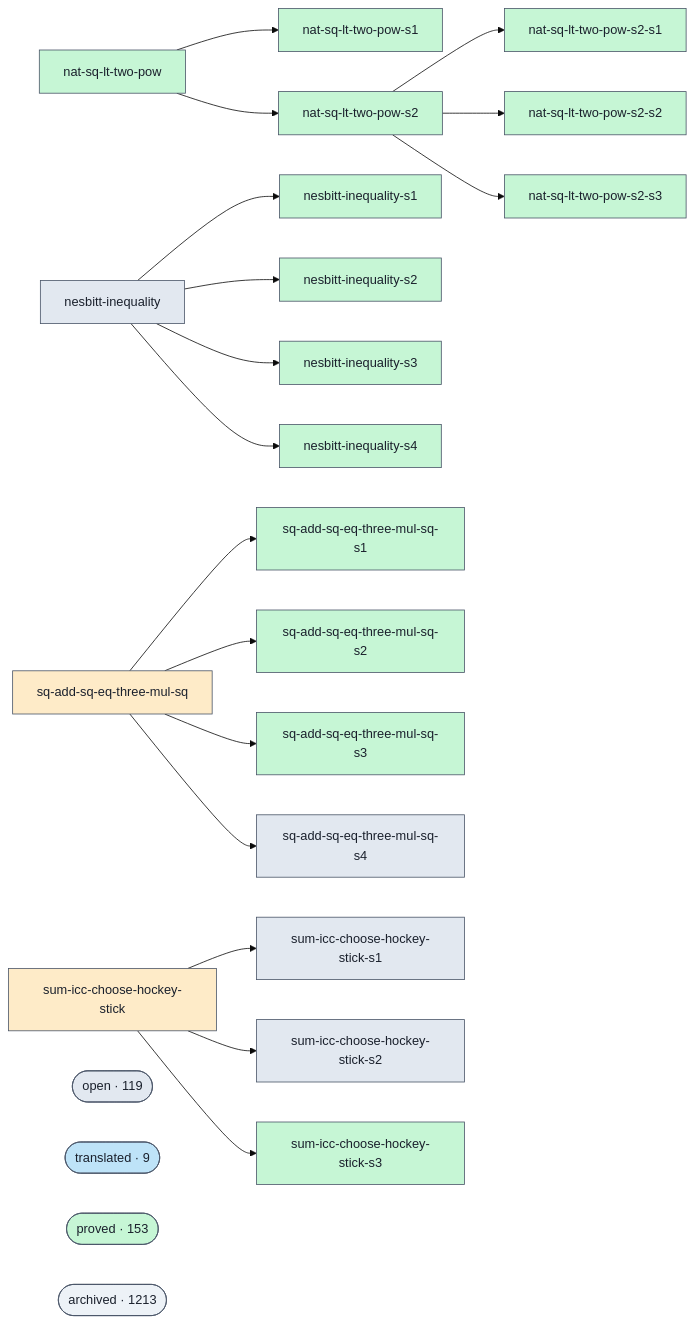
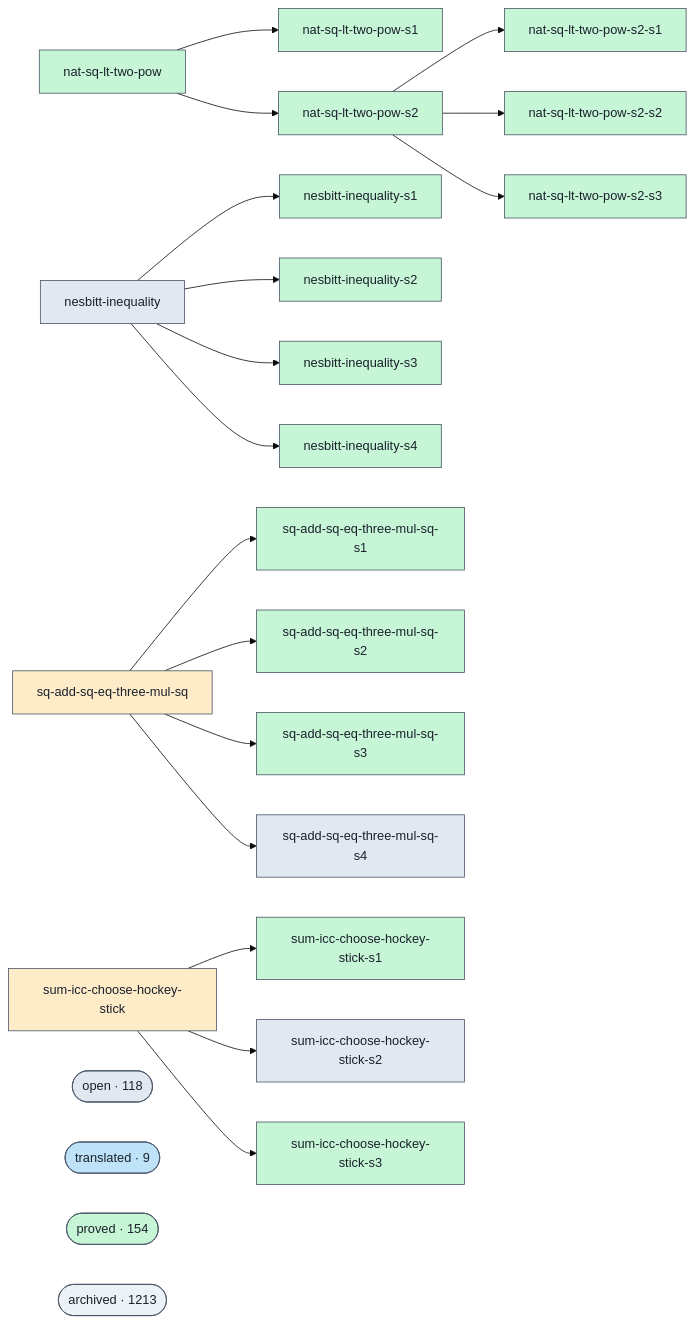
The diagram in docs/proofs-contributors-visualisation.md (ohdearquant/unsorry), drawn with Mermaid (base theme) before and after one commit. The commit also changed other lines of this file and 2 other files, not shown here.

Commit message:
docs: refresh proofs-contributors-visualisation [skip ci]

```diff
--- a/docs/proofs-contributors-visualisation.md
+++ b/docs/proofs-contributors-visualisation.md
@@ -74,8 +74,8 @@
   class g_sum_icc_choose_hockey_stick blocked;
   click g_sum_icc_choose_hockey_stick "https://github.com/agenticsnz/unsorry/blob/main/goals/sum-icc-choose-hockey-stick.lean" "sum-icc-choose-hockey-stick — blocked"
   g_sum_icc_choose_hockey_stick_s1["sum-icc-choose-hockey-stick-s1"]
-  class g_sum_icc_choose_hockey_stick_s1 open;
-  click g_sum_icc_choose_hockey_stick_s1 "https://github.com/agenticsnz/unsorry/blob/main/goals/sum-icc-choose-hockey-stick-s1.lean" "sum-icc-choose-hockey-stick-s1 — open"
+  class g_sum_icc_choose_hockey_stick_s1 proved;
+  click g_sum_icc_choose_hockey_stick_s1 "https://github.com/agenticsnz/unsorry/blob/main/goals/sum-icc-choose-hockey-stick-s1.lean" "sum-icc-choose-hockey-stick-s1 — proved"
   g_sum_icc_choose_hockey_stick_s2["sum-icc-choose-hockey-stick-s2"]
   class g_sum_icc_choose_hockey_stick_s2 open;
   click g_sum_icc_choose_hockey_stick_s2 "https://github.com/agenticsnz/unsorry/blob/main/goals/sum-icc-choose-hockey-stick-s2.lean" "sum-icc-choose-hockey-stick-s2 — open"
@@ -98,11 +98,11 @@
   g_sum_icc_choose_hockey_stick --> g_sum_icc_choose_hockey_stick_s1
   g_sum_icc_choose_hockey_stick --> g_sum_icc_choose_hockey_stick_s2
   g_sum_icc_choose_hockey_stick --> g_sum_icc_choose_hockey_stick_s3
-  cluster_open(["open · 119"])
+  cluster_open(["open · 118"])
   class cluster_open open;
   cluster_translated(["translated · 9"])
   class cluster_translated translated;
-  cluster_proved(["proved · 153"])
+  cluster_proved(["proved · 154"])
   class cluster_proved proved;
   cluster_archived(["archived · 1213"])
   class cluster_archived unknown;
```
